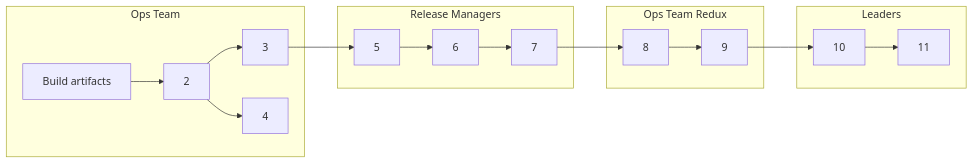
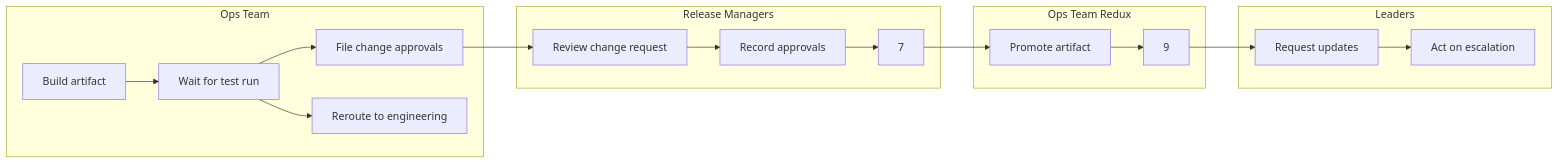
One commit to davidmreed/ktema-org-zola changed the first of 5 diagrams in content/articles/on-creating-automation-products.md. Above: the diagram before and after it, drawn with Mermaid. The commit also changed other lines of this file, not shown here.

````diff
--- a/content/articles/on-creating-automation-products.md
+++ b/content/articles/on-creating-automation-products.md
@@ -20,26 +22,26 @@
 ```mermaid
 flowchart LR
 
 subgraph Ops Team
-1["Build artifacts"]-->2-->3
-2-->4
+1["Build artifact"]-->2["Wait for test run"]-->3["File change approvals"]
+2-->4["Reroute to engineering"]
 end
 
 3-->5
 
 subgraph Release Managers
-5-->6
-6-->7
+5["Review change request"]-->6
+6["Record approvals"]-->7
 end
 7-->8
 
 subgraph Ops Team Redux
-8-->9
+8["Promote artifact"]-->9
 end
 
 9-->10
 
 subgraph Leaders
-10-->11
+10["Request updates"]-->11["Act on escalation"]
 end
 ```
````
